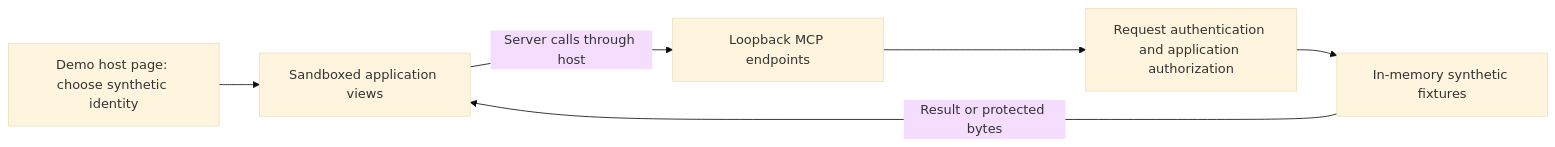
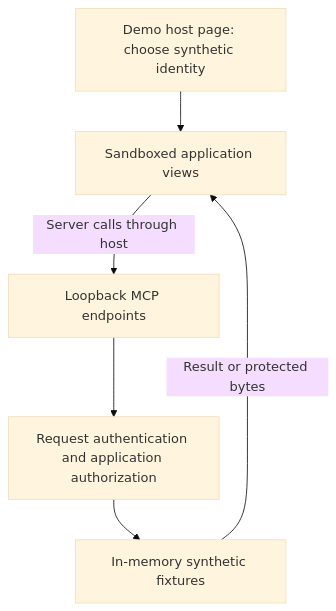
Before and after one commit to MachineWisdomAI/saga-a2ui: the diagram in demo/lit-node/README.md, drawn with Mermaid (base theme). The commit also changed 1 other file, not shown here.

Commit message:
docs: fix demo diagram parsing and layout

````diff
--- a/demo/lit-node/README.md
+++ b/demo/lit-node/README.md
@@ -48,8 +48,8 @@
 ```mermaid
-flowchart LR
+flowchart TD
     H["Demo host page: choose synthetic identity"] --> V["Sandboxed application views"]
     V -->|"Server calls through host"| S["Loopback MCP endpoints"]
     S --> A["Request authentication and application authorization"]
     A --> F["In-memory synthetic fixtures"]
     F -->|"Result or protected bytes"| V
 ```
````
